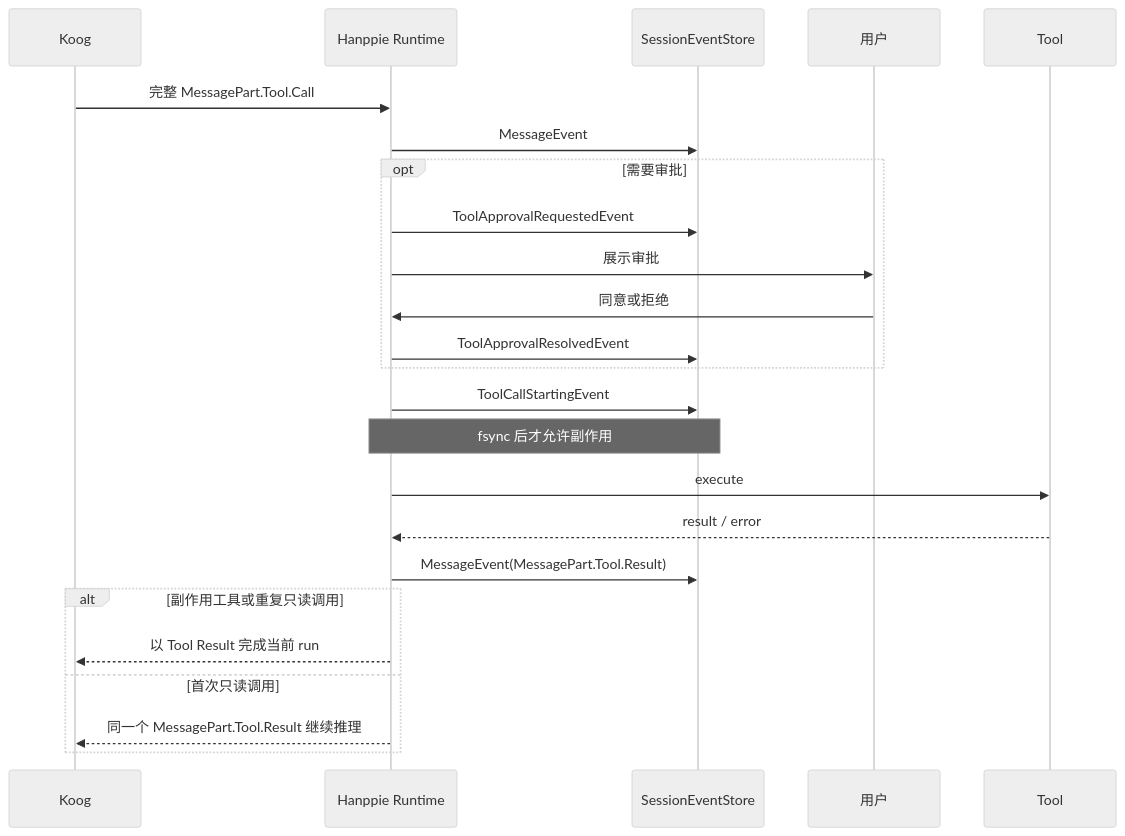
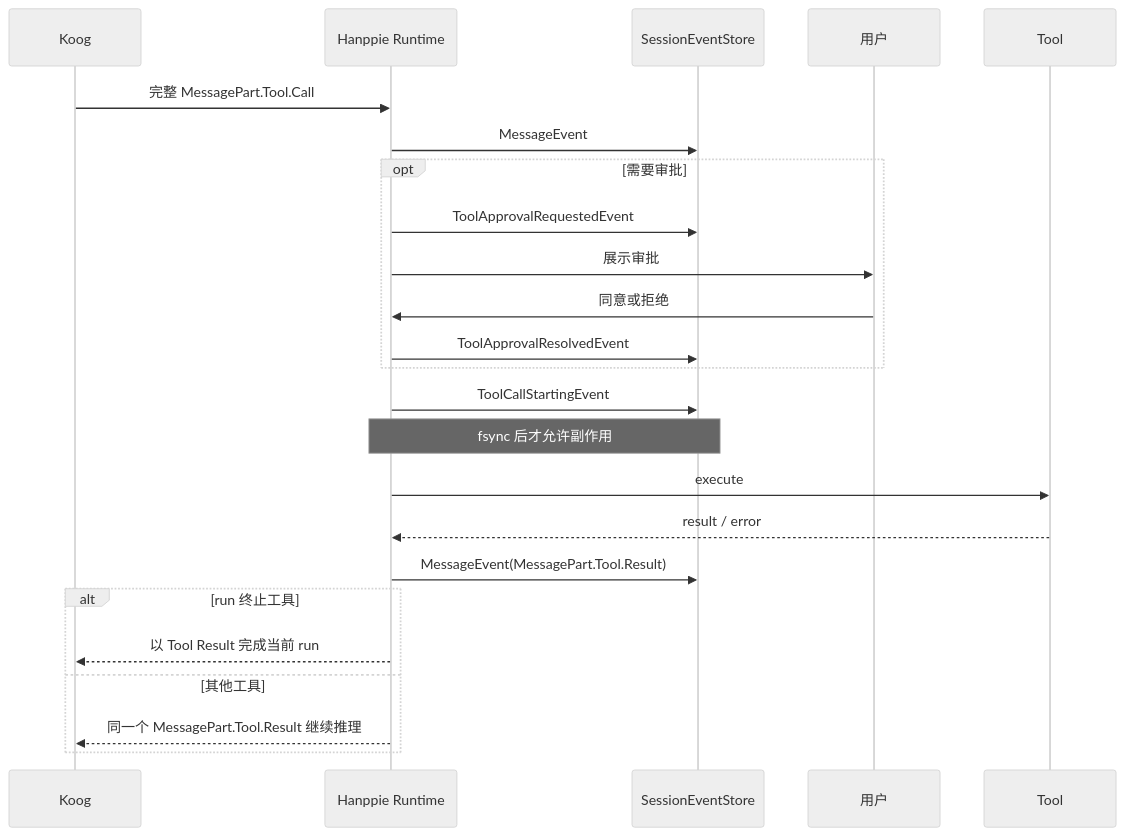
One commit to elonzh/hanppie changed the sixth of 6 diagrams in docs/agent-runtime-plan.md. Above: the diagram before and after it, drawn with Mermaid (neutral theme). The commit also changed other lines of this file and 32 other files, not shown here.

````diff
--- a/docs/agent-runtime-plan.md
+++ b/docs/agent-runtime-plan.md
@@ -233,27 +236,27 @@
 ```mermaid
 sequenceDiagram
     participant K as Koog
     participant R as Hanppie Runtime
     participant E as SessionEventStore
     participant U as 用户
     participant T as Tool
 
     K->>R: 完整 MessagePart.Tool.Call
     R->>E: MessageEvent
     opt 需要审批
         R->>E: ToolApprovalRequestedEvent
         R->>U: 展示审批
         U->>R: 同意或拒绝
         R->>E: ToolApprovalResolvedEvent
     end
     R->>E: ToolCallStartingEvent
     Note over R,E: fsync 后才允许副作用
     R->>T: execute
     T-->>R: result / error
     R->>E: MessageEvent(MessagePart.Tool.Result)
-    alt 副作用工具或重复只读调用
+    alt run 终止工具
         R-->>K: 以 Tool Result 完成当前 run
-    else 首次只读调用
+    else 其他工具
         R-->>K: 同一个 MessagePart.Tool.Result 继续推理
     end
 ```
````
